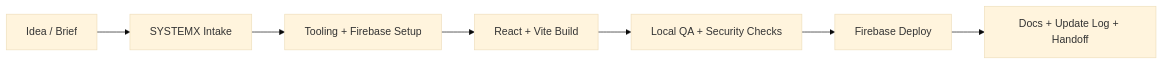
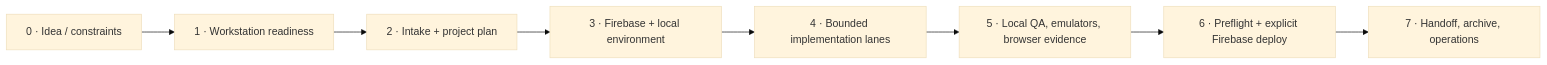
One commit to WayneTechLab/SFWA-WTL-TEMPLATE changed the first of 2 diagrams in wiki/Home.md. Above: the diagram before and after it, drawn with Mermaid (base theme). The commit also changed other lines of this file and 43 other files, not shown here.

````diff
--- a/wiki/Home.md
+++ b/wiki/Home.md
@@ -49,9 +52,10 @@
 ```mermaid
 flowchart LR
-    Idea["Idea / Brief"] --> Intake["SYSTEMX Intake"]
-    Intake --> Setup["Tooling + Firebase Setup"]
-    Setup --> Build["React + Vite Build"]
-    Build --> Verify["Local QA + Security Checks"]
-    Verify --> Deploy["Firebase Deploy"]
-    Deploy --> Handoff["Docs + Update Log + Handoff"]
+    Idea["0 · Idea / constraints"] --> Ready["1 · Workstation readiness"]
+    Ready --> Intake["2 · Intake + project plan"]
+    Intake --> Configure["3 · Firebase + local environment"]
+    Configure --> Build["4 · Bounded implementation lanes"]
+    Build --> Verify["5 · Local QA, emulators, browser evidence"]
+    Verify --> Deploy["6 · Preflight + explicit Firebase deploy"]
+    Deploy --> Handoff["7 · Handoff, archive, operations"]
 ```
````
